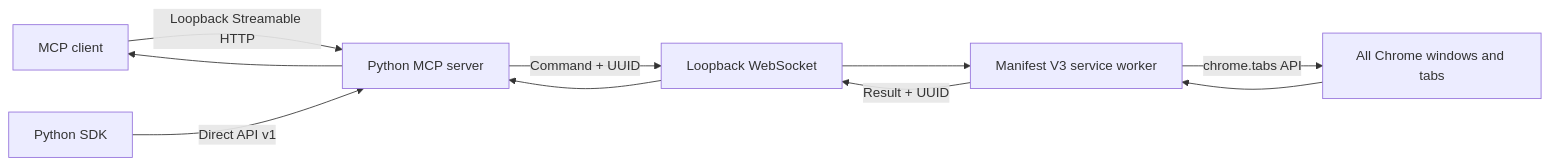
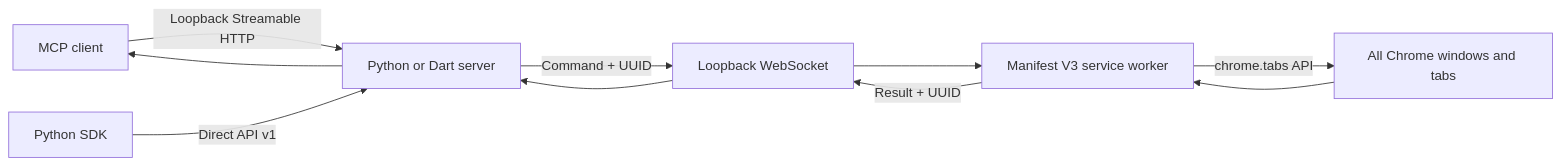
The first of 2 diagrams in docs/concepts/architecture.md (kiarina/chrome-bridge), drawn with Mermaid before and after one commit. The commit also changed other lines of this file and 37 other files, not shown here.

Commit message:
feat(mcp-dart): add a Dart server with the same contract as chrome-bridge-mcp

````diff
--- a/docs/concepts/architecture.md
+++ b/docs/concepts/architecture.md
@@ -5,12 +5,12 @@
 ```mermaid
 flowchart LR
-    A["MCP client"] -->|"Loopback Streamable HTTP"| S["Python MCP server"]
+    A["MCP client"] -->|"Loopback Streamable HTTP"| S["Python or Dart server"]
     D["Python SDK"] -->|"Direct API v1"| S
     S -->|"Command + UUID"| W["Loopback WebSocket"]
     W --> E["Manifest V3 service worker"]
     E -->|"chrome.tabs API"| C["All Chrome windows and tabs"]
     C --> E
     E -->|"Result + UUID"| W
     W --> S
     S --> A
 ```
````
